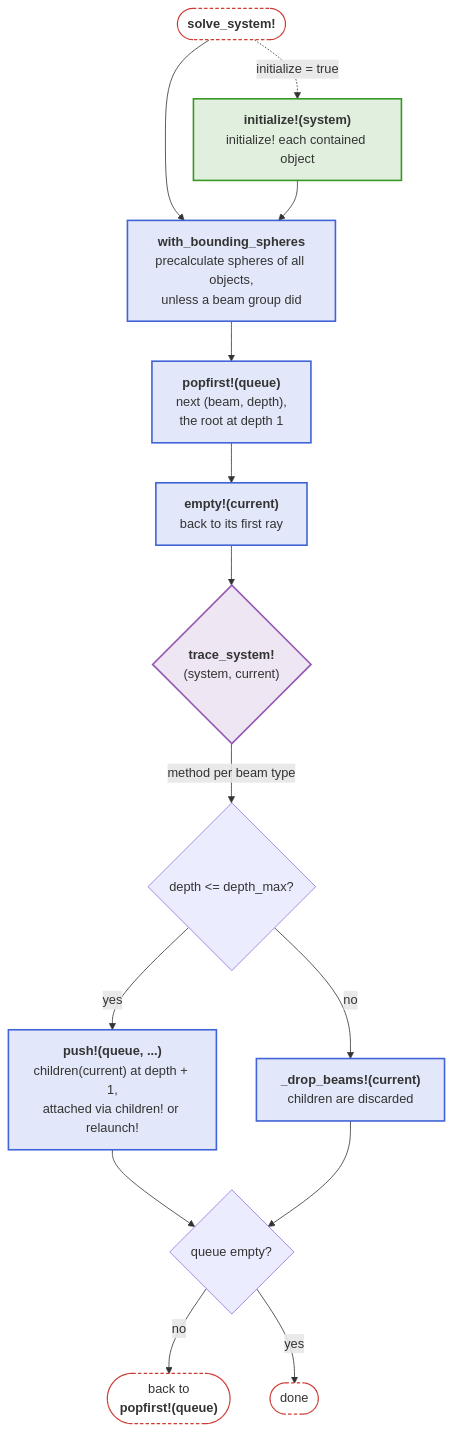
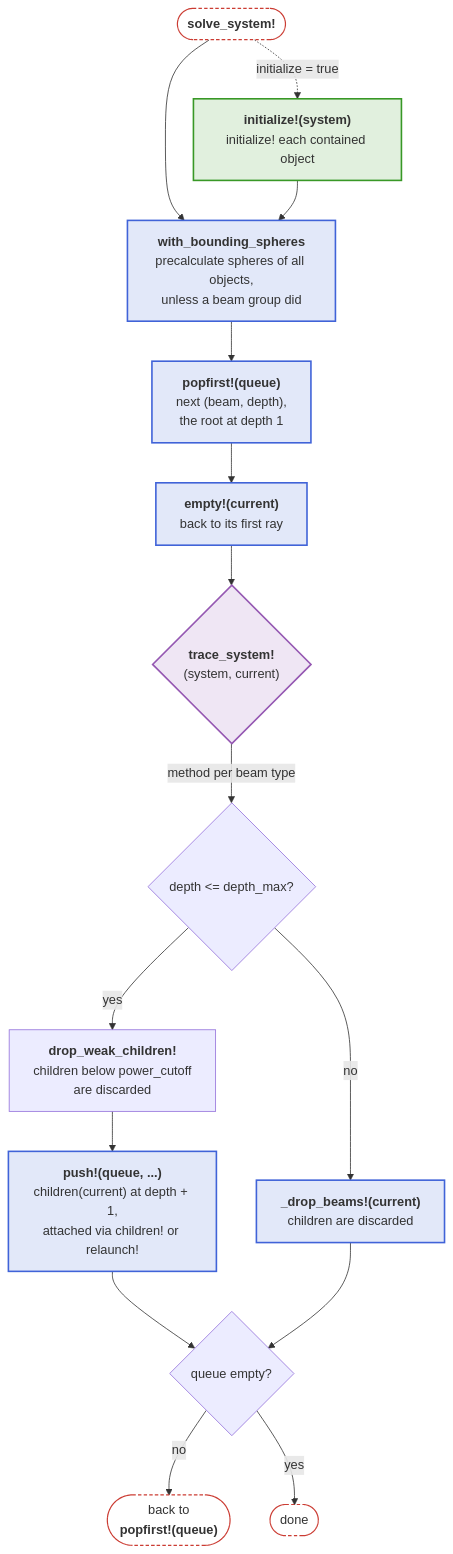
One commit to JuliaPhysics/BeamletOptics.jl changed the eighth of 9 diagrams in docs/src/api/core.md. Above: the diagram before and after it, drawn with Mermaid. The commit also changed other lines of this file and 8 other files, not shown here.

Commit message:
Feature: power_cutoff is a keyword of solve_system!, the solver drops weak children of every beam type

````diff
--- a/docs/src/api/core.md
+++ b/docs/src/api/core.md
@@ -451,34 +451,35 @@
 ```mermaid
 flowchart TB
     S(["<b>solve_system!</b>"])
     INI["<b>initialize!(system)</b><br/>initialize! each contained object"]
     BS["<b>with_bounding_spheres</b><br/>precalculate spheres of all objects,<br/>unless a beam group did"]
     Q["<b>popfirst!(queue)</b><br/>next (beam, depth),<br/>the root at depth 1"]
     EM["<b>empty!(current)</b><br/>back to its first ray"]
     TS{"<b>trace_system!</b><br/>(system, current)"}
     D{"depth #lt;= depth_max?"}
+    PC["<b>drop_weak_children!</b><br/>children below power_cutoff<br/>are discarded"]
     ENQ["<b>push!(queue, ...)</b><br/>children(current) at depth + 1,<br/>attached via children! or relaunch!"]
     DROP["<b>_drop_beams!(current)</b><br/>children are discarded"]
     QE{"queue empty?"}
     BQ(["back to<br/><b>popfirst!(queue)</b>"])
     E([done])
 
     S -. "initialize = true" .-> INI
     S --> BS
     INI --> BS
     BS --> Q --> EM --> TS
     TS -- "method per beam type" --> D
-    D -- yes --> ENQ --> QE
+    D -- yes --> PC --> ENQ --> QE
     D -- no --> DROP --> QE
     QE -- no --> BQ
     QE -- yes --> E
 
     classDef blue fill:#4063D826,stroke:#4063D8,stroke-width:2px
     classDef green fill:#38982626,stroke:#389826,stroke-width:2px
     classDef purple fill:#9558B226,stroke:#9558B2,stroke-width:2px
     classDef terminal fill:transparent,stroke:#CB3C33,stroke-width:1.5px,stroke-dasharray:4 3
     class BS,Q,EM,ENQ,DROP blue
     class INI green
     class TS purple
     class S,E,BQ terminal
 ```
````
